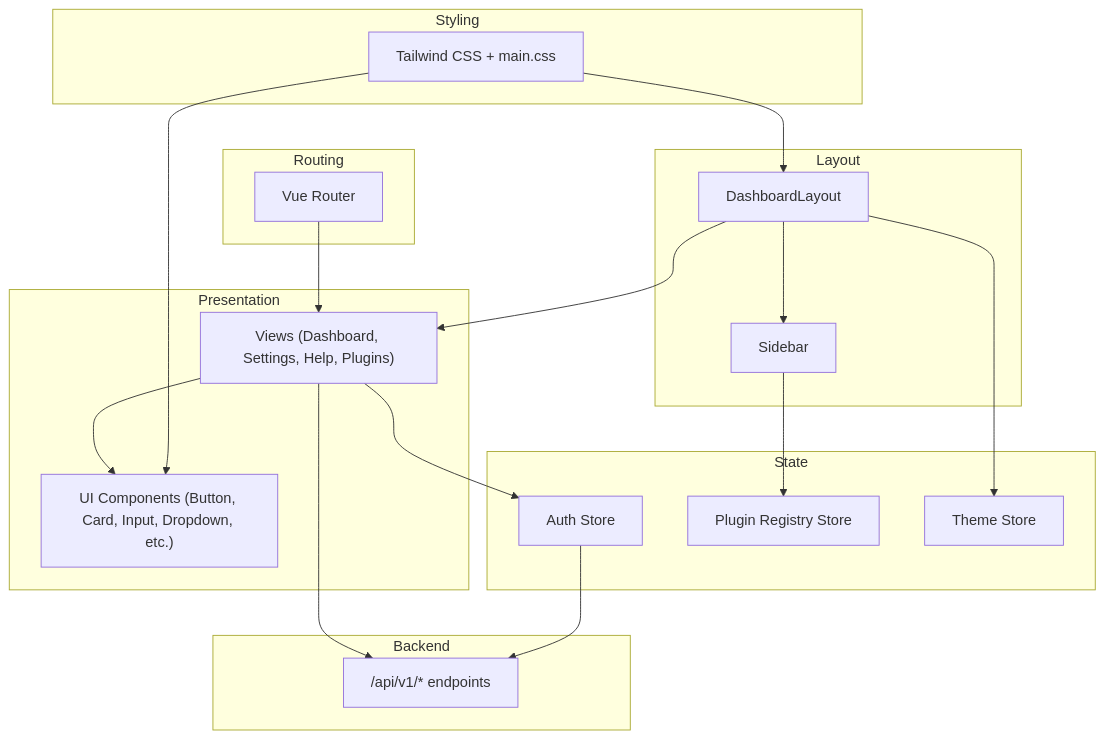
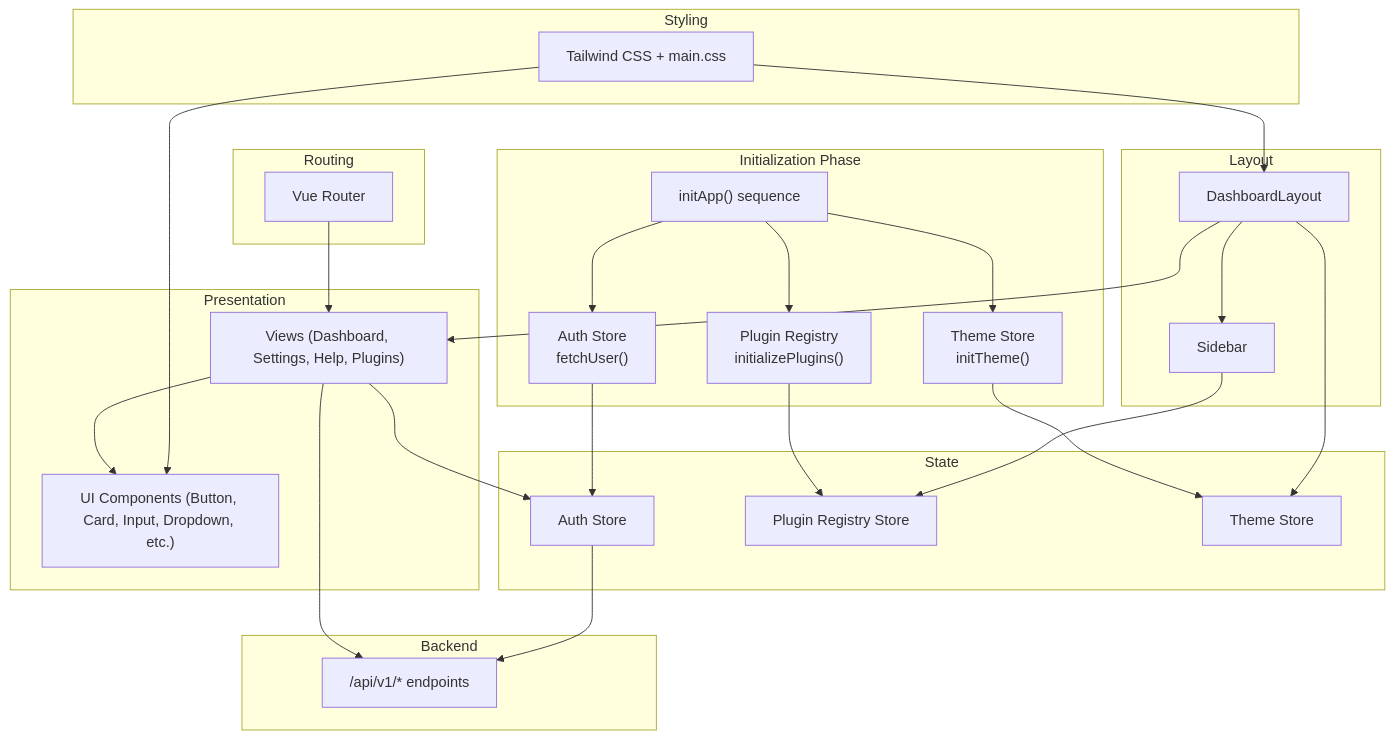
The third of 12 diagrams in .qoder/repowiki/en/content/Frontend Architecture/Frontend Architecture.md (Nikita5543/New-SSO-02), drawn with Mermaid before and after one commit. The commit also changed other lines of this file and 3 other files, not shown here.

````diff
--- a/.qoder/repowiki/en/content/Frontend Architecture/Frontend Architecture.md
+++ b/.qoder/repowiki/en/content/Frontend Architecture/Frontend Architecture.md
@@ -146,36 +200,48 @@
 ```mermaid
 graph TB
+subgraph "Initialization Phase"
+INIT["initApp() sequence"]
+THEME["Theme Store<br/>initTheme()"]
+AUTH["Auth Store<br/>fetchUser()"]
+REG["Plugin Registry<br/>initializePlugins()"]
+end
 subgraph "Presentation"
 VIEWS["Views (Dashboard, Settings, Help, Plugins)"]
 UI["UI Components (Button, Card, Input, Dropdown, etc.)"]
 end
 subgraph "Layout"
 DL["DashboardLayout"]
 SB["Sidebar"]
 end
 subgraph "State"
-AUTH["Auth Store"]
-REG["Plugin Registry Store"]
-THEME["Theme Store"]
+AUTHSTORE["Auth Store"]
+REGSTORE["Plugin Registry Store"]
+THEMESTORE["Theme Store"]
 end
 subgraph "Routing"
 ROUTER["Vue Router"]
 end
 subgraph "Styling"
 CSS["Tailwind CSS + main.css"]
 end
 subgraph "Backend"
 API["/api/v1/* endpoints"]
 end
+INIT --> THEME
+INIT --> AUTH
+INIT --> REG
+THEME --> THEMESTORE
+AUTH --> AUTHSTORE
+REG --> REGSTORE
 DL --> SB
 DL --> VIEWS
 VIEWS --> UI
-VIEWS --> AUTH
-SB --> REG
-DL --> THEME
+VIEWS --> AUTHSTORE
+SB --> REGSTORE
+DL --> THEMESTORE
 ROUTER --> VIEWS
 VIEWS --> API
-AUTH --> API
+AUTHSTORE --> API
 CSS --> UI
 CSS --> DL
 ```
````
